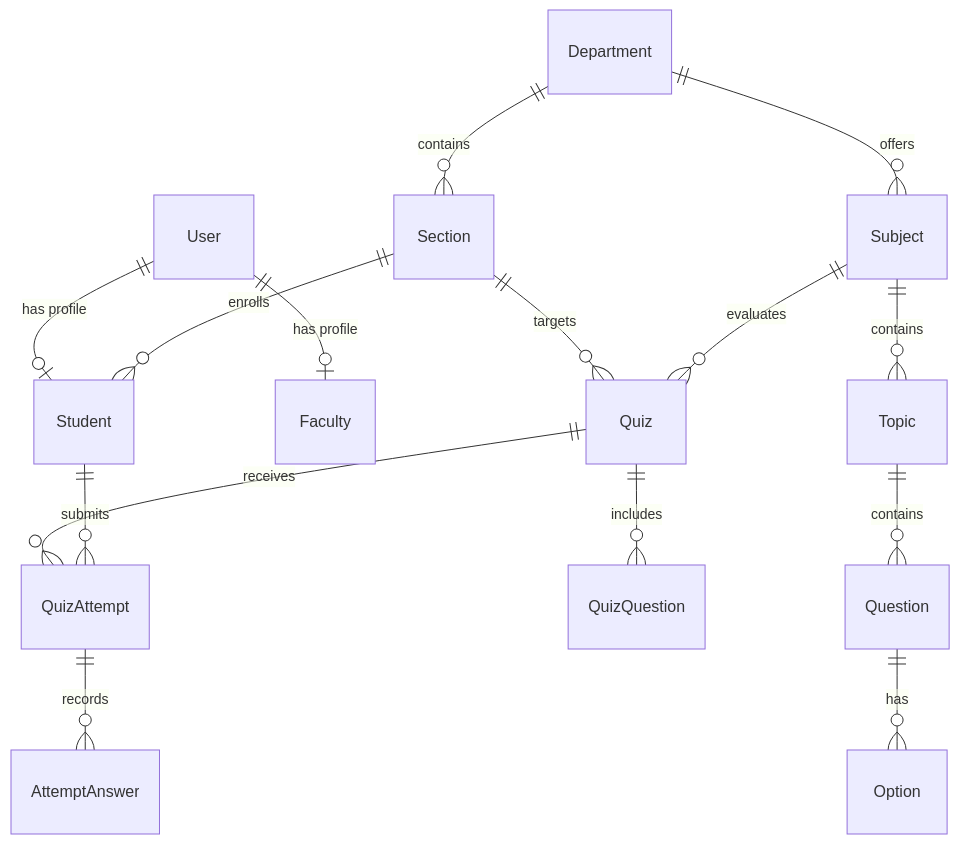
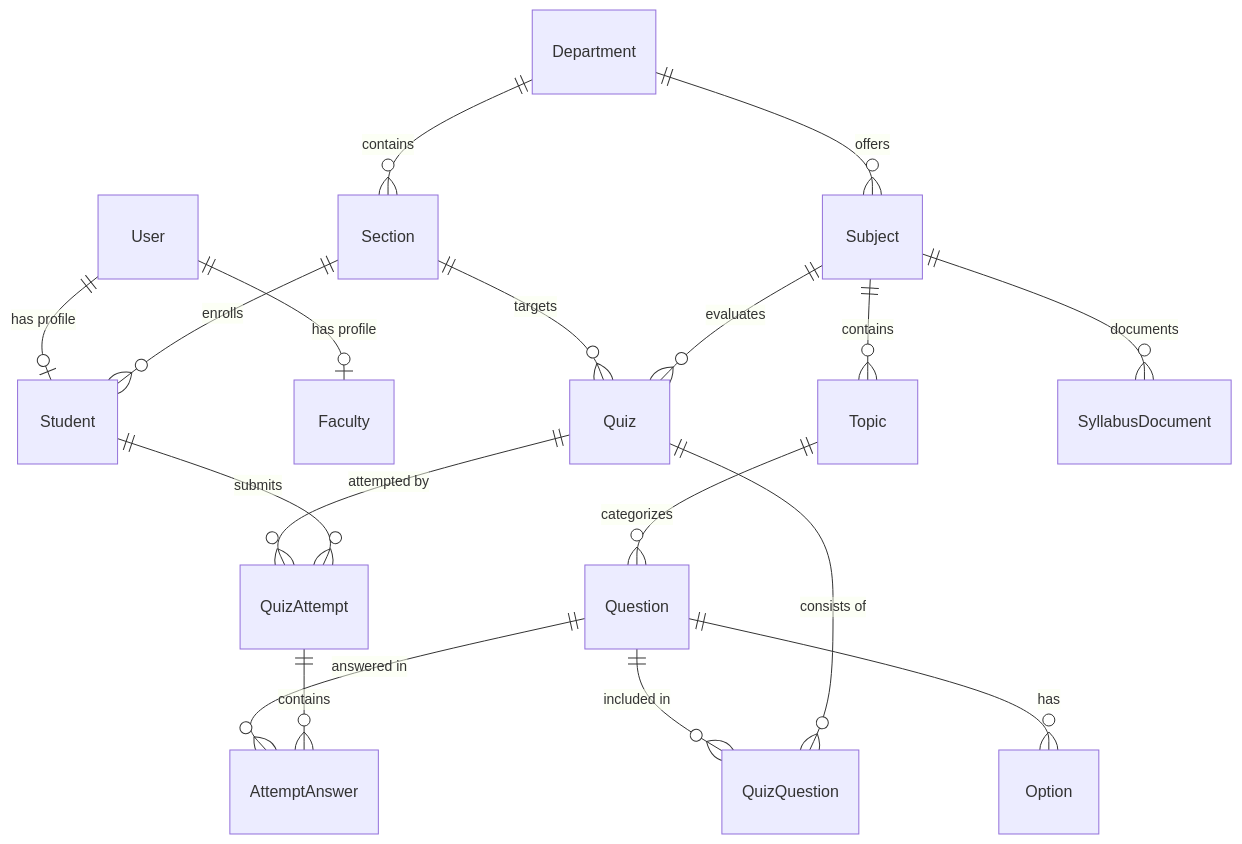
The second of 2 diagrams in README.md (chaman284/Acadexa), drawn with Mermaid before and after one commit. The commit also changed other lines of this file and 4 other files, not shown here.

Commit message:
feat(quiz): wire QuizScreen attempt submission with live Knowledge Tracing analytics and update README

````diff
--- a/README.md
+++ b/README.md
@@ -143,17 +261,20 @@
 ```mermaid
 erDiagram
     User ||--o| Student : "has profile"
     User ||--o| Faculty : "has profile"
     Department ||--o{ Section : "contains"
     Department ||--o{ Subject : "offers"
     Section ||--o{ Student : "enrolls"
     Section ||--o{ Quiz : "targets"
     Subject ||--o{ Topic : "contains"
     Subject ||--o{ Quiz : "evaluates"
-    Topic ||--o{ Question : "contains"
+    Subject ||--o{ SyllabusDocument : "documents"
+    Topic ||--o{ Question : "categorizes"
     Question ||--o{ Option : "has"
-    Quiz ||--o{ QuizQuestion : "includes"
-    Quiz ||--o{ QuizAttempt : "receives"
+    Question ||--o{ QuizQuestion : "included in"
+    Question ||--o{ AttemptAnswer : "answered in"
+    Quiz ||--o{ QuizQuestion : "consists of"
+    Quiz ||--o{ QuizAttempt : "attempted by"
     Student ||--o{ QuizAttempt : "submits"
-    QuizAttempt ||--o{ AttemptAnswer : "records"
+    QuizAttempt ||--o{ AttemptAnswer : "contains"
 ```
````
